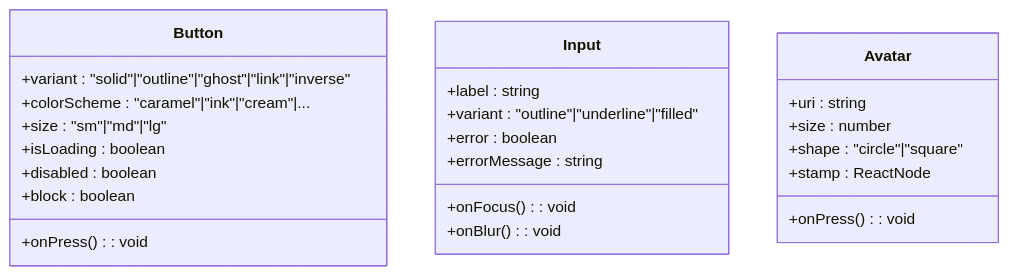
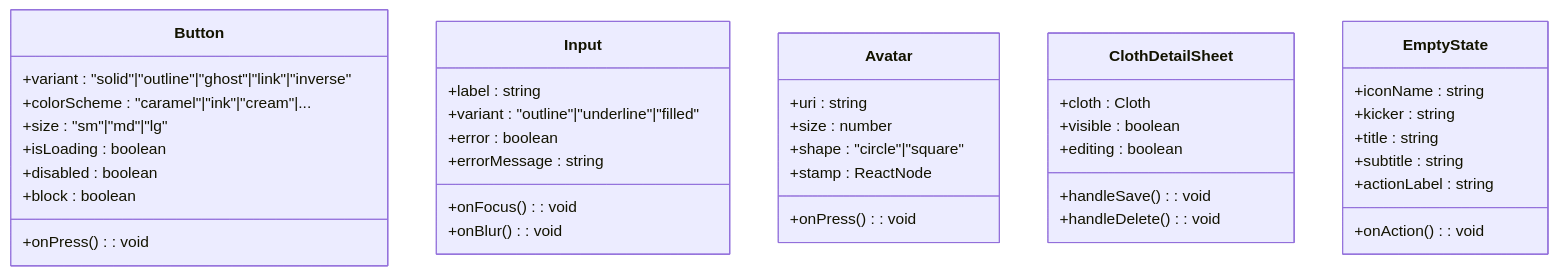
One commit to lsqwawa/free-dress changed the sixth of 7 diagrams in .qoder/repowiki/zh/content/前端开发指南/前端开发指南.md. Above: the diagram before and after it, drawn with Mermaid. The commit also changed other lines of this file and 74 other files, not shown here.

````diff
--- a/.qoder/repowiki/zh/content/前端开发指南/前端开发指南.md
+++ b/.qoder/repowiki/zh/content/前端开发指南/前端开发指南.md
@@ -277,27 +414,42 @@
 ```mermaid
 classDiagram
 class Button {
 +variant : "solid"|"outline"|"ghost"|"link"|"inverse"
 +colorScheme : "caramel"|"ink"|"cream"|...
 +size : "sm"|"md"|"lg"
 +isLoading : boolean
 +disabled : boolean
 +block : boolean
 +onPress() : void
 }
 class Input {
 +label : string
 +variant : "outline"|"underline"|"filled"
 +error : boolean
 +errorMessage : string
 +onFocus() : void
 +onBlur() : void
 }
 class Avatar {
 +uri : string
 +size : number
 +shape : "circle"|"square"
 +stamp : ReactNode
 +onPress() : void
 }
+class ClothDetailSheet {
++cloth : Cloth
++visible : boolean
++editing : boolean
++handleSave() : void
++handleDelete() : void
+}
+class EmptyState {
++iconName : string
++kicker : string
++title : string
++subtitle : string
++actionLabel : string
++onAction() : void
+}
 ```
````
